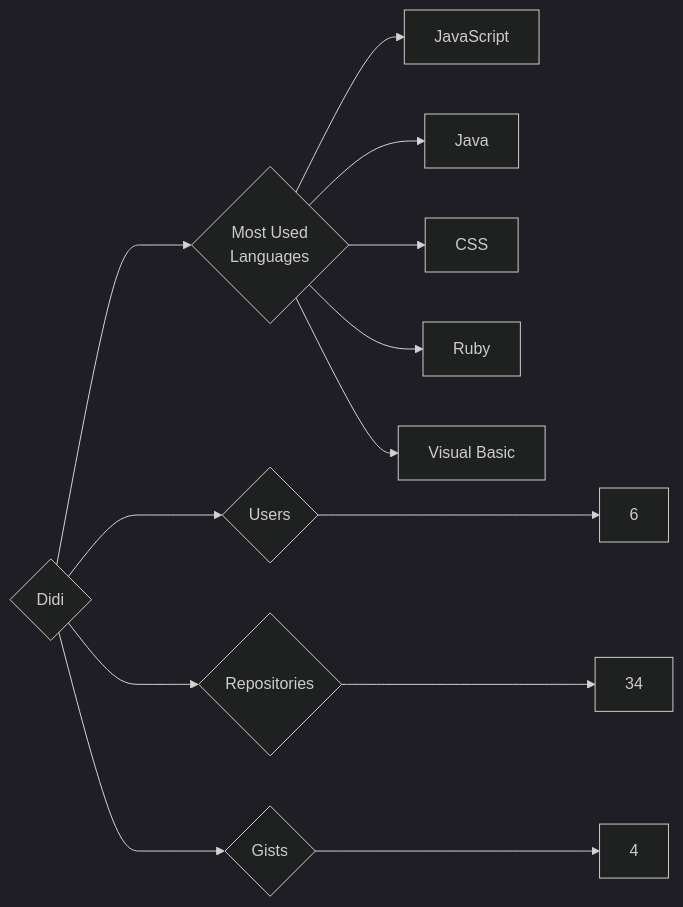
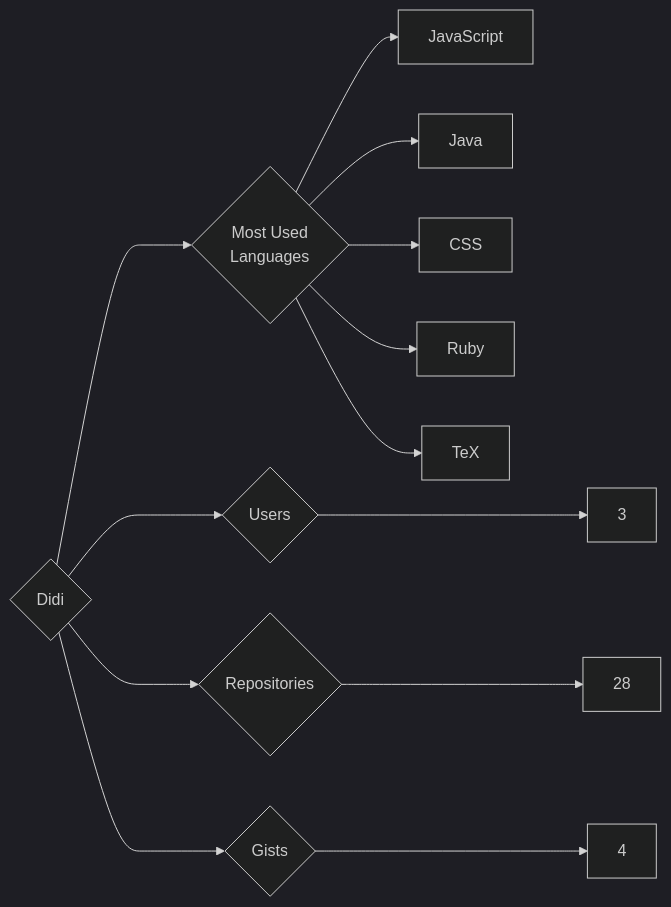
Before and after one commit to trickest/insiders: the diagram in targets/Didi/README.md, drawn with Mermaid (dark theme). The commit also changed 933 other files, not shown here.

````diff
--- a/targets/Didi/README.md
+++ b/targets/Didi/README.md
@@ -3,13 +3,13 @@
 ```mermaid
 graph LR
 COMPANY_NAME{Didi}
-COMPANY_NAME ---> U{Users} ---> UN[6]
-COMPANY_NAME ---> R{Repositories} ---> RN[34]
+COMPANY_NAME ---> U{Users} ---> UN[3]
+COMPANY_NAME ---> R{Repositories} ---> RN[28]
 COMPANY_NAME ---> G{Gists} ---> GN[4]
 COMPANY_NAME ---> ML{Most Used<br>Languages}
 ML --> JavaScript[JavaScript]
 ML --> Java[Java]
 ML --> CSS[CSS]
 ML --> Ruby[Ruby]
-ML --> Visual_Basic[Visual Basic]
+ML --> TeX[TeX]
 ```
````
